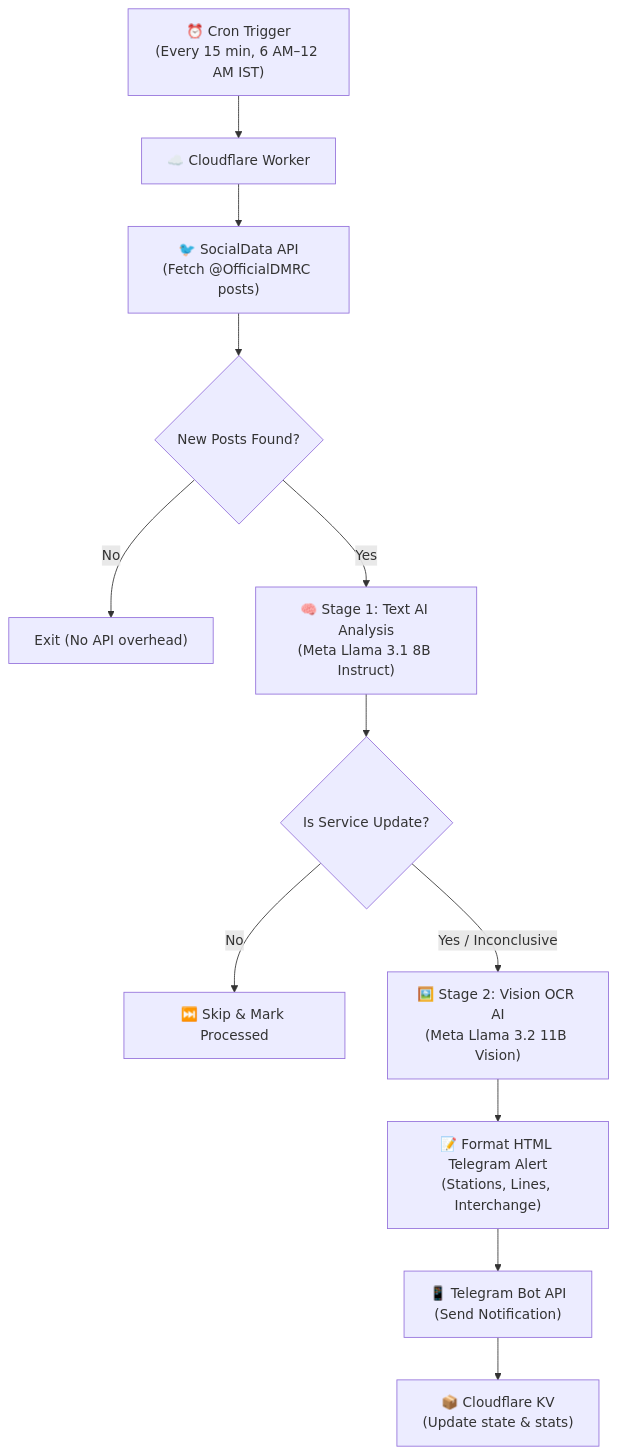
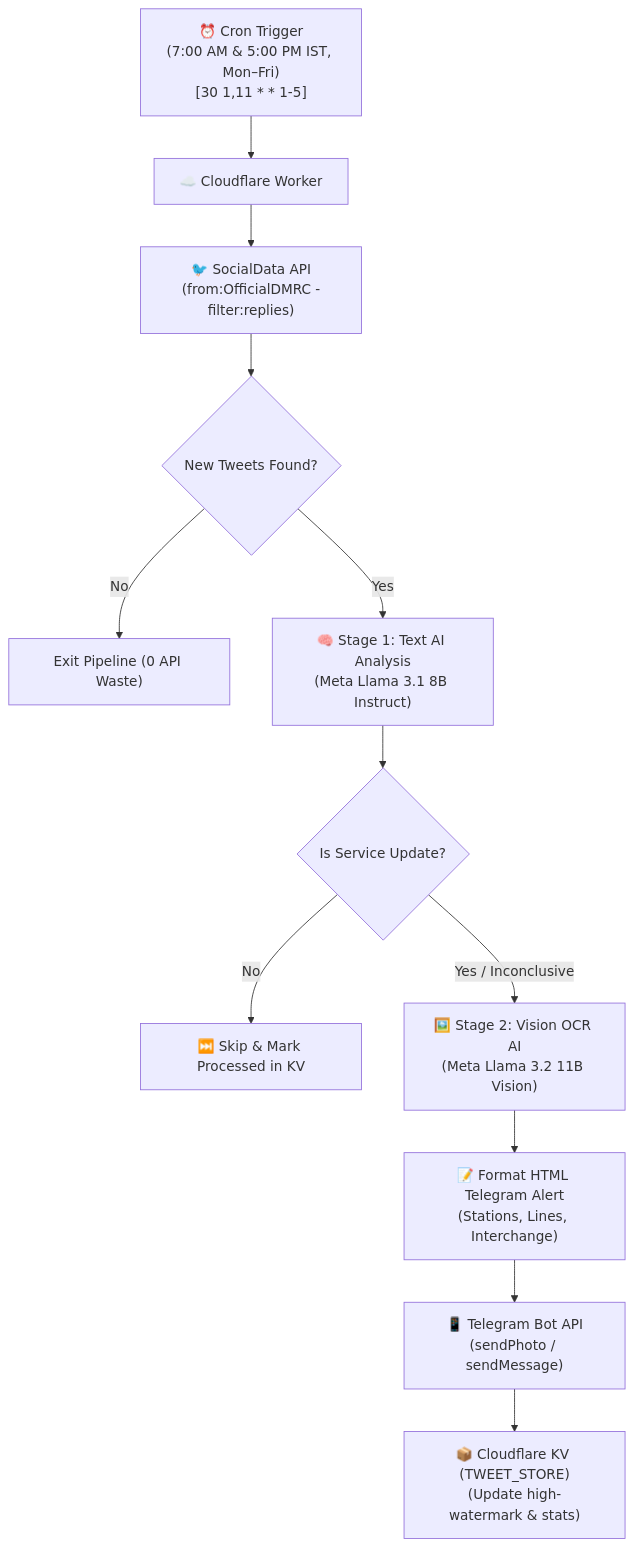
One commit to ChainiKhaini/dmrc-telegram-bot- changed the diagram in README.md. Above: the diagram before and after it, drawn with Mermaid. The commit also changed other lines of this file, not shown here.

Commit message:
Docs: update detailed README with architecture, AI pipeline, and deployment steps

````diff
--- a/README.md
+++ b/README.md
@@ -15,14 +32,14 @@
 ```mermaid
 flowchart TD
-    A["⏰ Cron Trigger\n(Every 15 min, 6 AM–12 AM IST)"] --> B["☁️ Cloudflare Worker"]
-    B --> C["🐦 SocialData API\n(Fetch @OfficialDMRC posts)"]
-    C --> D{"New Posts Found?"}
-    D -->|No| E["Exit (No API overhead)"]
+    A["⏰ Cron Trigger\n(7:00 AM & 5:00 PM IST, Mon–Fri)\n[30 1,11 * * 1-5]"] --> B["☁️ Cloudflare Worker"]
+    B --> C["🐦 SocialData API\n(from:OfficialDMRC -filter:replies)"]
+    C --> D{"New Tweets Found?"}
+    D -->|No| E["Exit Pipeline (0 API Waste)"]
     D -->|Yes| F["🧠 Stage 1: Text AI Analysis\n(Meta Llama 3.1 8B Instruct)"]
     F --> G{"Is Service Update?"}
-    G -->|No| H["⏭️ Skip & Mark Processed"]
+    G -->|No| H["⏭️ Skip & Mark Processed in KV"]
     G -->|Yes / Inconclusive| I["🖼️ Stage 2: Vision OCR AI\n(Meta Llama 3.2 11B Vision)"]
     I --> J["📝 Format HTML Telegram Alert\n(Stations, Lines, Interchange)"]
-    J --> K["📱 Telegram Bot API\n(Send Notification)"]
-    K --> L["📦 Cloudflare KV\n(Update state & stats)"]
+    J --> K["📱 Telegram Bot API\n(sendPhoto / sendMessage)"]
+    K --> L["📦 Cloudflare KV (TWEET_STORE)\n(Update high-watermark & stats)"]
 ```
````
